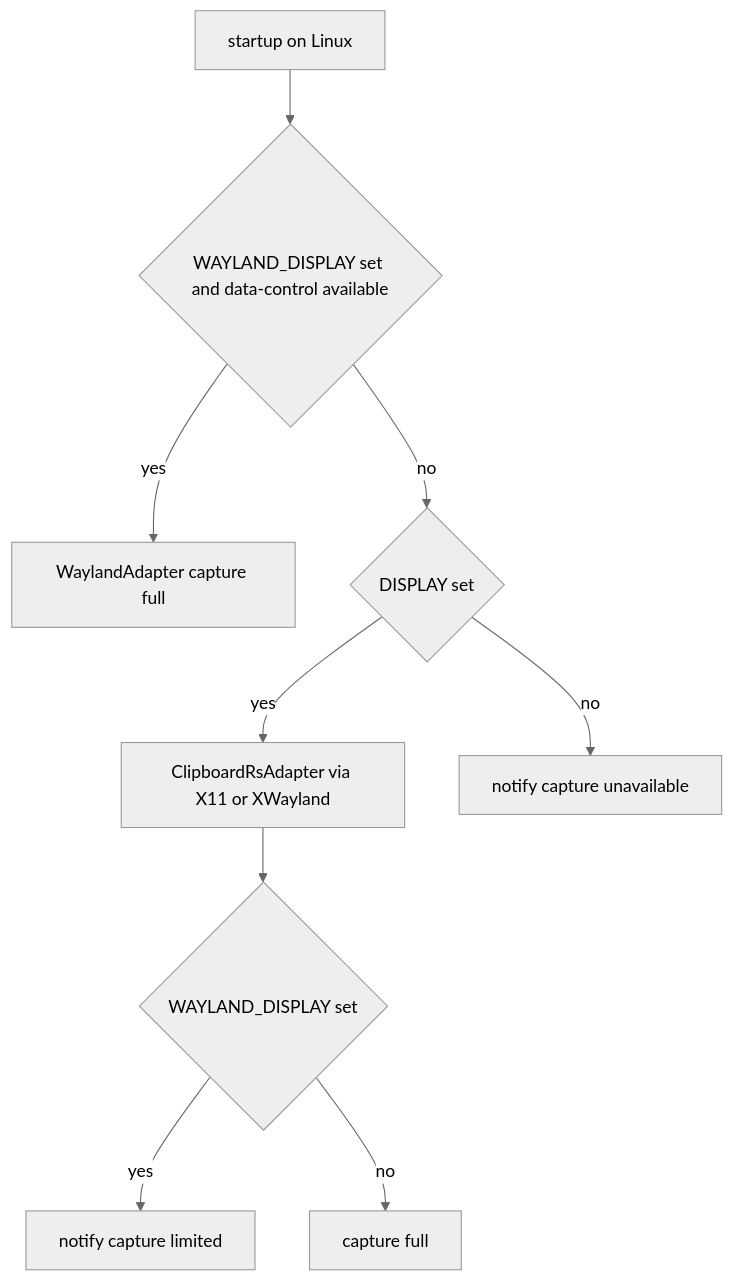
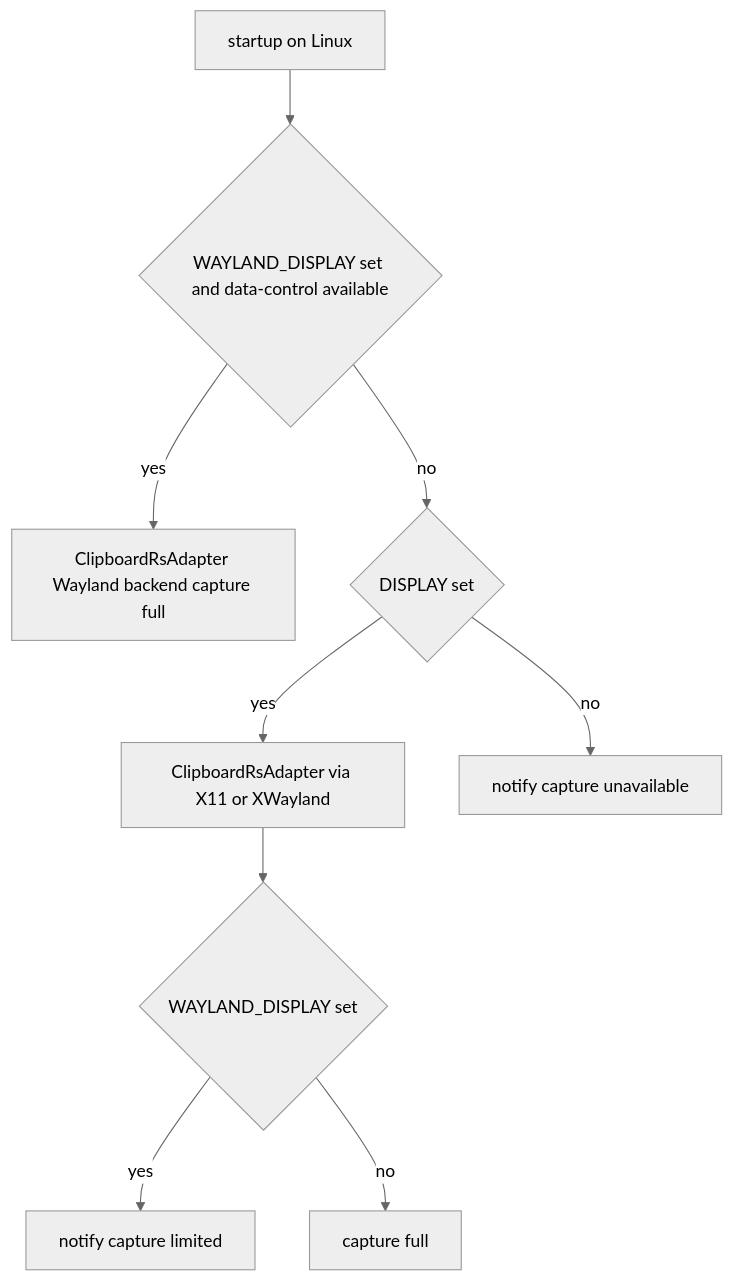
Before and after one commit to YasuhiroInagawa/clipbuf: the fourth of 4 diagrams in .kiro/specs/clipbuf-mvp/design.md, drawn with Mermaid (neutral theme). The commit also changed other lines of this file and 4 other files, not shown here.

Commit message:
spec(clipbuf-mvp): handle Wayland via clipboard-rs wayland feature instead of a custom adapter

````diff
--- a/.kiro/specs/clipbuf-mvp/design.md
+++ b/.kiro/specs/clipbuf-mvp/design.md
@@ -296,11 +292,11 @@
 ```mermaid
 flowchart TD
     Start[startup on Linux] --> W{WAYLAND_DISPLAY set and data-control available}
-    W -- yes --> WL[WaylandAdapter capture full]
+    W -- yes --> WL[ClipboardRsAdapter Wayland backend capture full]
     W -- no --> X{DISPLAY set}
     X -- yes --> X11[ClipboardRsAdapter via X11 or XWayland]
     X11 --> WLENV{WAYLAND_DISPLAY set}
     WLENV -- yes --> Limited[notify capture limited]
     WLENV -- no --> Full[capture full]
     X -- no --> None[notify capture unavailable]
 ```
````
